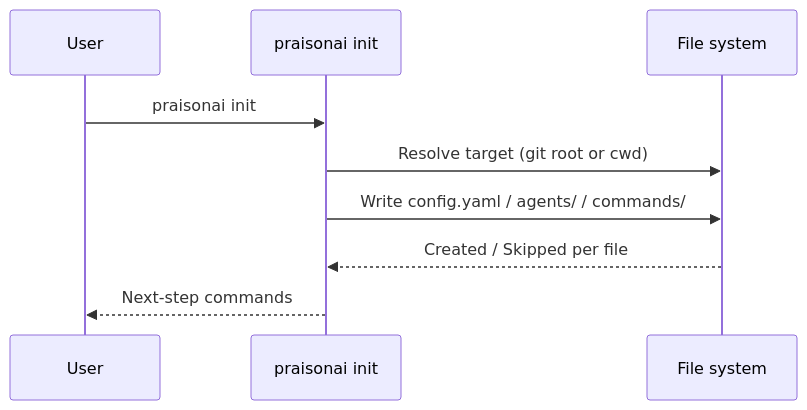
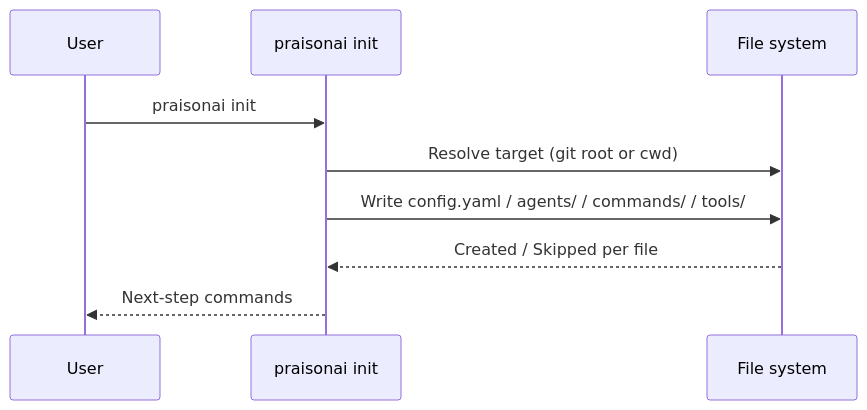
Before and after one commit to MervinPraison/PraisonAIDocs: the second of 3 diagrams in docs/cli/init.mdx, drawn with Mermaid. The commit also changed other lines of this file and 2 other files, not shown here.

First line of the commit message:
docs: document auto-loaded .praisonai/tools/*.py project-local tools (fixes #1994)

````diff
--- a/docs/cli/init.mdx
+++ b/docs/cli/init.mdx
@@ -62,12 +63,12 @@
 ```mermaid
 sequenceDiagram
     participant User
     participant CLI as praisonai init
     participant FS as File system
 
     User->>CLI: praisonai init
     CLI->>FS: Resolve target (git root or cwd)
-    CLI->>FS: Write config.yaml / agents/ / commands/
+    CLI->>FS: Write config.yaml / agents/ / commands/ / tools/
     FS-->>CLI: Created / Skipped per file
     CLI-->>User: Next-step commands
 ```
````
